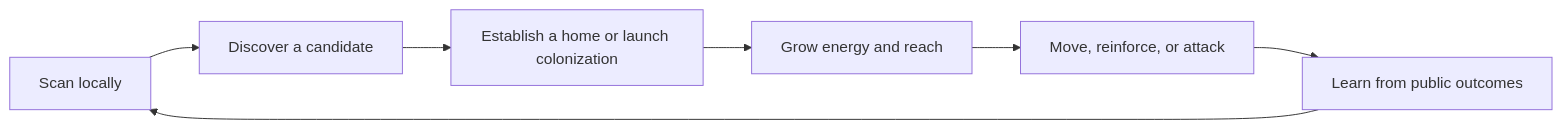
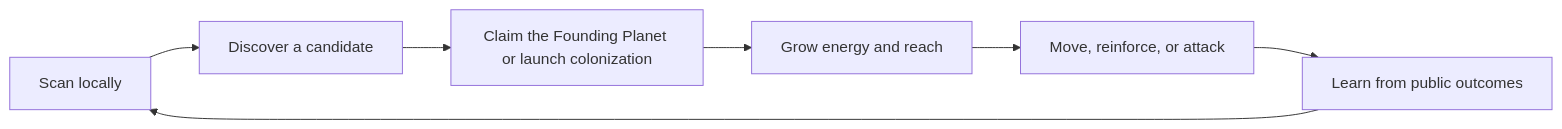
One commit to redefine-digital-labs/infinite-stellar changed the diagram in docs/03-game-design.md. Above: the diagram before and after it, drawn with Mermaid. The commit also changed other lines of this file and 14 other files, not shown here.

Commit message:
docs: define Soul-to-stellar onboarding flow

````diff
--- a/docs/03-game-design.md
+++ b/docs/03-game-design.md
@@ -9,9 +9,9 @@
 ```mermaid
 flowchart LR
     A["Scan locally"] --> B["Discover a candidate"]
-    B --> C["Establish a home or launch colonization"]
+    B --> C["Claim the Founding Planet or launch colonization"]
     C --> D["Grow energy and reach"]
     D --> E["Move, reinforce, or attack"]
     E --> F["Learn from public outcomes"]
     F --> A
 ```
````
